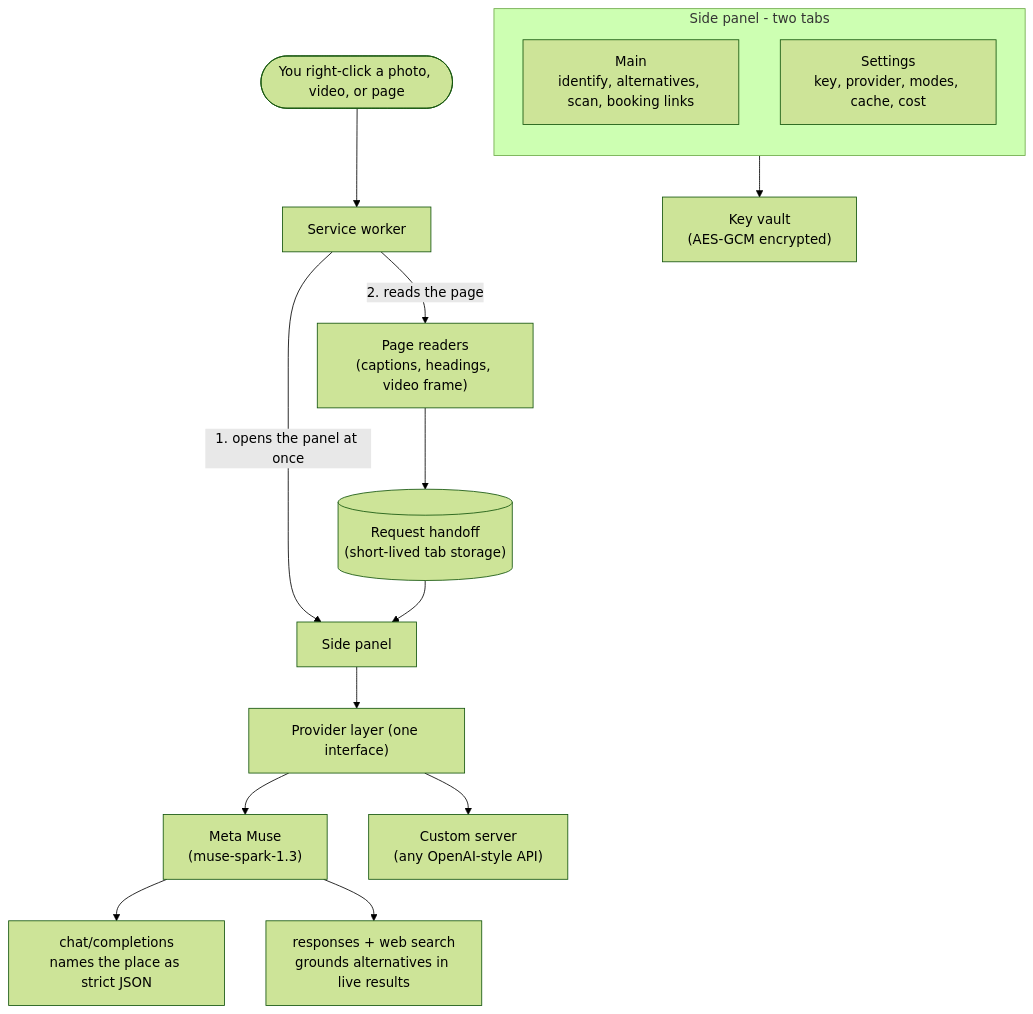
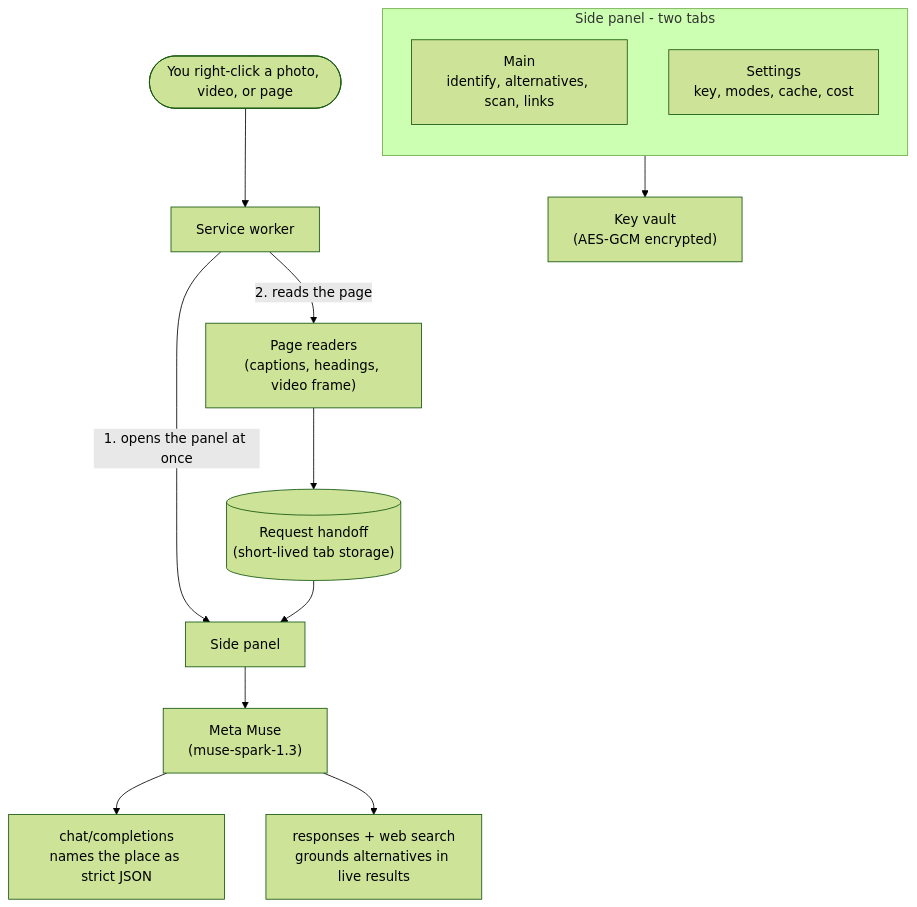
Before and after one commit to kowalczyk-krzysztof/take-me-there: the diagram in README.md, drawn with Mermaid (forest theme). The commit also changed other lines of this file and 4 other files, not shown here.

````diff
--- a/README.md
+++ b/README.md
@@ -64,21 +62,19 @@
 ```mermaid
 flowchart TB
     user(["You right-click a photo, video, or page"]) --> worker["Service worker"]
     worker -->|"1. opens the panel at once"| panel["Side panel"]
     worker -->|"2. reads the page"| readers["Page readers<br/>(captions, headings, video frame)"]
     readers --> handoff[("Request handoff<br/>(short-lived tab storage)")]
     handoff --> panel
 
     subgraph Panel ["Side panel - two tabs"]
         direction TB
-        main["Main<br/>identify, alternatives, scan, booking links"]
-        settingsTab["Settings<br/>key, provider, modes, cache, cost"]
+        main["Main<br/>identify, alternatives, scan, links"]
+        settingsTab["Settings<br/>key, modes, cache, cost"]
     end
 
-    panel --> providers["Provider layer (one interface)"]
-    providers --> muse["Meta Muse<br/>(muse-spark-1.3)"]
-    providers --> compat["Custom server<br/>(any OpenAI-style API)"]
+    panel --> muse["Meta Muse<br/>(muse-spark-1.3)"]
     muse --> identify["chat/completions<br/>names the place as strict JSON"]
     muse --> grounded["responses + web search<br/>grounds alternatives in live results"]
     settingsTab --> vault["Key vault<br/>(AES-GCM encrypted)"]
 ```
````
